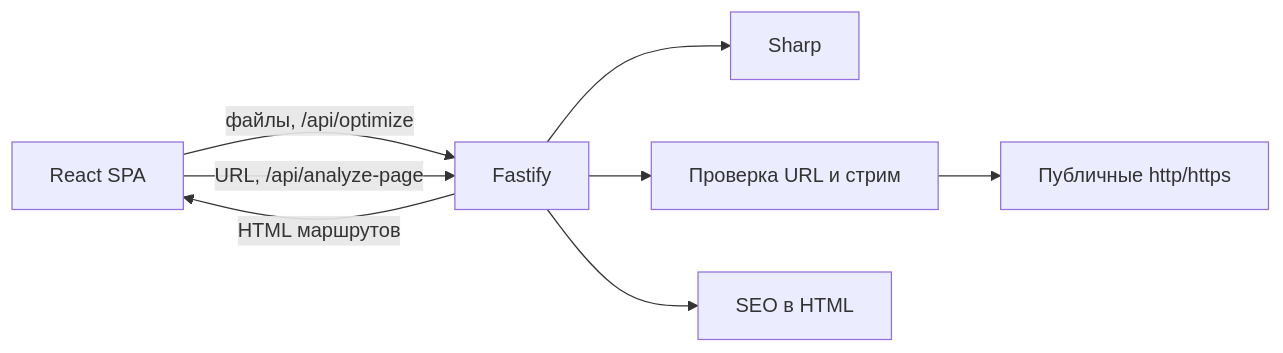
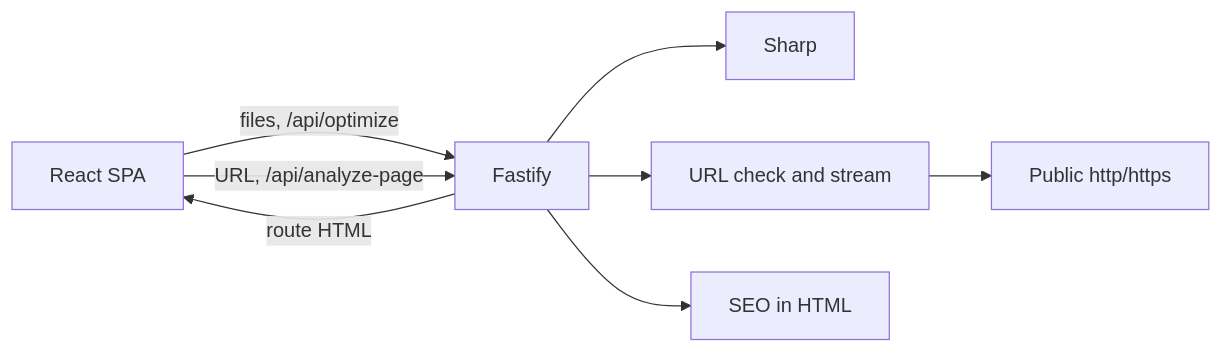
One commit to mhateb/images-helper changed the diagram in README.md. Above: the diagram before and after it, drawn with Mermaid. The commit also changed other lines of this file and 45 other files, not shown here.

````diff
--- a/README.md
+++ b/README.md
@@ -38,17 +63,17 @@
 ```mermaid
 flowchart LR
   ui["React SPA"]
   api["Fastify"]
   sharp["Sharp"]
-  guard["Проверка URL и стрим"]
-  seo["SEO в HTML"]
-  web["Публичные http/https"]
+  guard["URL check and stream"]
+  seo["SEO in HTML"]
+  web["Public http/https"]
 
-  ui -->|"файлы, /api/optimize"| api
+  ui -->|"files, /api/optimize"| api
   ui -->|"URL, /api/analyze-page"| api
-  api -->|"HTML маршрутов"| ui
+  api -->|"route HTML"| ui
   api --> sharp
   api --> guard
   api --> seo
   guard --> web
 ```
````
